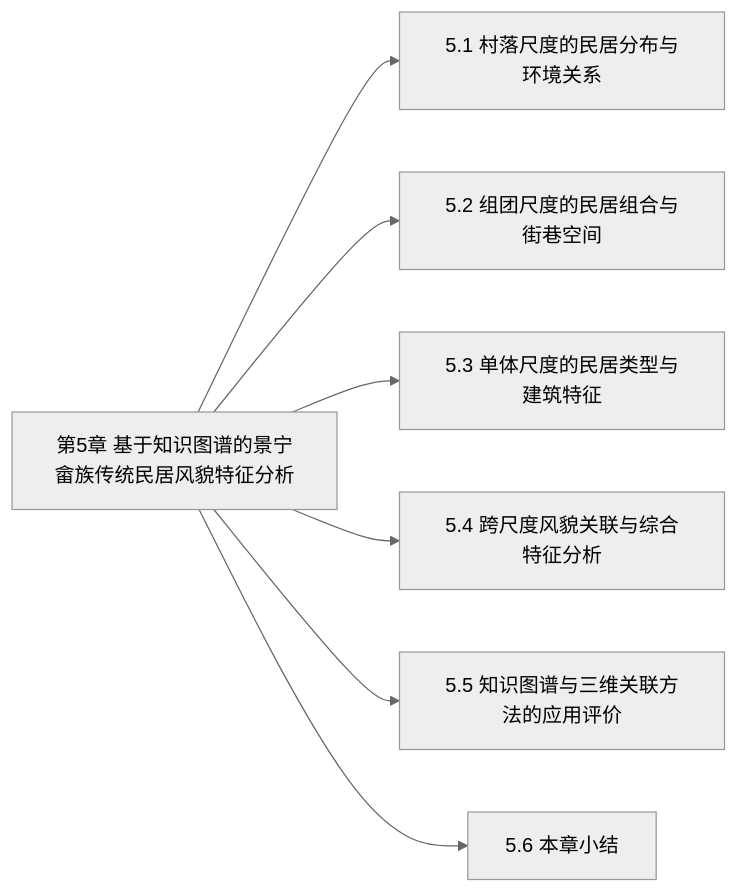
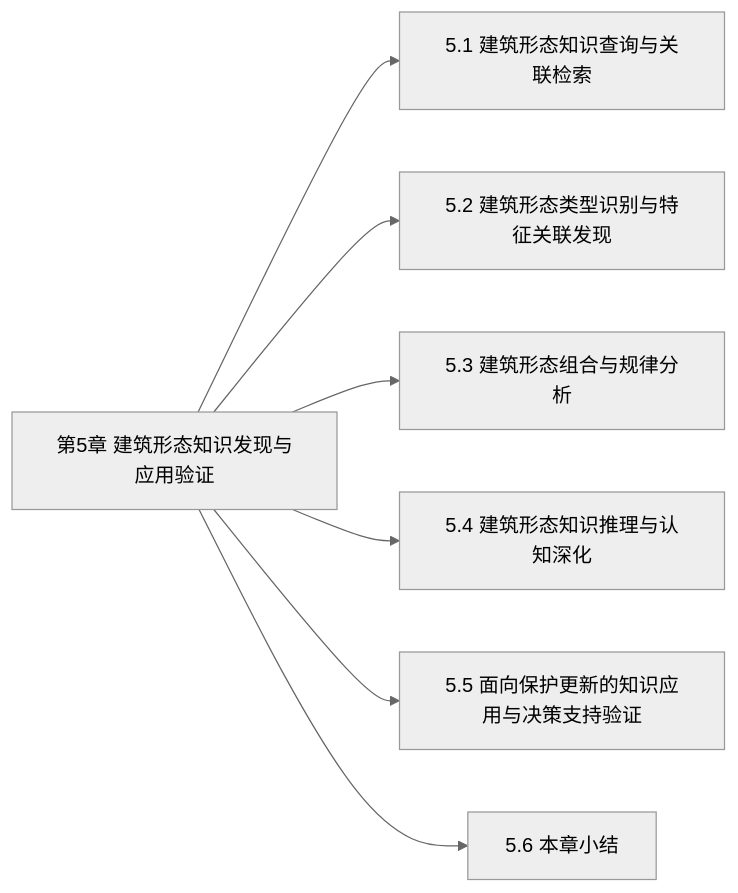
The diagram in 论文章节/章节导航/05-风貌分析.md (WYLINX601/Linx_paper), drawn with Mermaid (neutral theme) before and after one commit. The commit also changed other lines of this file and 147 other files, not shown here.

````diff
--- a/论文章节/章节导航/05-风貌分析.md
+++ b/论文章节/章节导航/05-风貌分析.md
@@ -84,16 +84,16 @@
 ```mermaid
 flowchart LR
-  chapter-5["第5章 基于知识图谱的景宁畲族传统民居风貌特征分析"]
-  section-5-2["5.1 村落尺度的民居分布与环境关系"]
-  chapter-5 --> section-5-2
-  section-5-3["5.2 组团尺度的民居组合与街巷空间"]
-  chapter-5 --> section-5-3
-  section-5-4["5.3 单体尺度的民居类型与建筑特征"]
-  chapter-5 --> section-5-4
-  section-5-5["5.4 跨尺度风貌关联与综合特征分析"]
-  chapter-5 --> section-5-5
-  section-5-6["5.5 知识图谱与三维关联方法的应用评价"]
-  chapter-5 --> section-5-6
-  section-5-7["5.6 本章小结"]
-  chapter-5 --> section-5-7
+  chapter-5["第5章 建筑形态知识发现与应用验证"]
+  section-5-knowledge-query["5.1 建筑形态知识查询与关联检索"]
+  chapter-5 --> section-5-knowledge-query
+  section-5-type-discovery["5.2 建筑形态类型识别与特征关联发现"]
+  chapter-5 --> section-5-type-discovery
+  section-5-combination["5.3 建筑形态组合与规律分析"]
+  chapter-5 --> section-5-combination
+  section-5-reasoning["5.4 建筑形态知识推理与认知深化"]
+  chapter-5 --> section-5-reasoning
+  section-5-application["5.5 面向保护更新的知识应用与决策支持验证"]
+  chapter-5 --> section-5-application
+  section-5-summary["5.6 本章小结"]
+  chapter-5 --> section-5-summary
 ```
````
